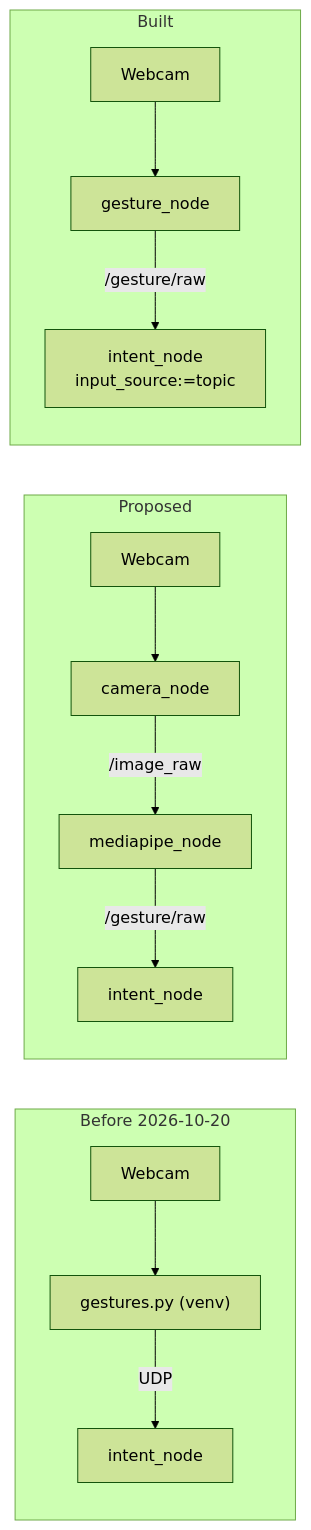
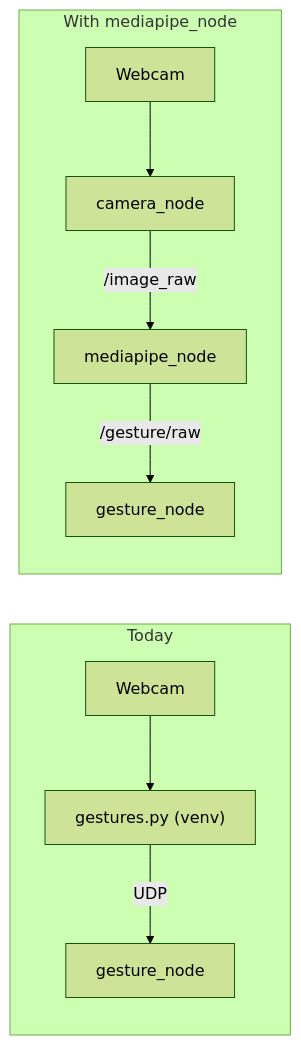
Before and after one commit to SEAME-pt/SEA-ME_Team1_ROSRangers: the second of 2 diagrams in docs/PraticalPlan/06 Gestures/05 Future Nodes.md, drawn with Mermaid (forest theme). The commit also changed other lines of this file and 73 other files, not shown here.

````diff
--- a/docs/PraticalPlan/06 Gestures/05 Future Nodes.md
+++ b/docs/PraticalPlan/06 Gestures/05 Future Nodes.md
@@ -57,12 +55,9 @@
 ```mermaid
 flowchart LR
-  subgraph before[Before 2026-10-20]
-    W1[Webcam] --> G1["gestures.py (venv)"] -->|UDP| N1[intent_node]
+  subgraph today[Today]
+    W1[Webcam] --> G1["gestures.py (venv)"] -->|UDP| N1[gesture_node]
   end
-  subgraph proposed[Proposed]
-    W2[Webcam] --> C2[camera_node] -->|/image_raw| M2[mediapipe_node] -->|/gesture/raw| N2[intent_node]
-  end
-  subgraph built[Built]
-    W3[Webcam] --> M3[gesture_node] -->|/gesture/raw| N3["intent_node<br/>input_source:=topic"]
+  subgraph future[With mediapipe_node]
+    W2[Webcam] --> C2[camera_node] -->|/image_raw| M2[mediapipe_node] -->|/gesture/raw| N2[gesture_node]
   end
 ```
````
